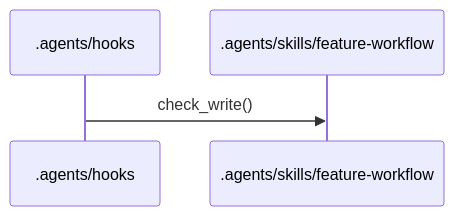
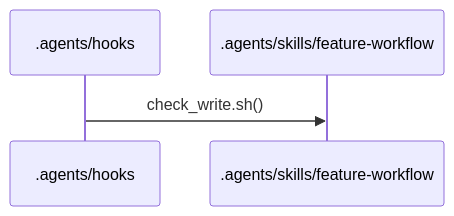
The third of 15 diagrams in .workflow/cache/flows.md (TajVirani/llm-scaffold-claude), drawn with Mermaid before and after one commit. The commit also changed other lines of this file and 2 other files, not shown here.

Commit message:
Workflow data for 007-done-folder: caches republished at 9e971ad

````diff
--- a/.workflow/cache/flows.md
+++ b/.workflow/cache/flows.md
@@ -91,6 +76,6 @@
 ```mermaid
 sequenceDiagram
   participant _agents_hooks as .agents/hooks
   participant _agents_skills_feature_workflow as .agents/skills/feature-workflow
-  _agents_hooks->>_agents_skills_feature_workflow: check_write()
+  _agents_hooks->>_agents_skills_feature_workflow: check_write.sh()
 ```
````
